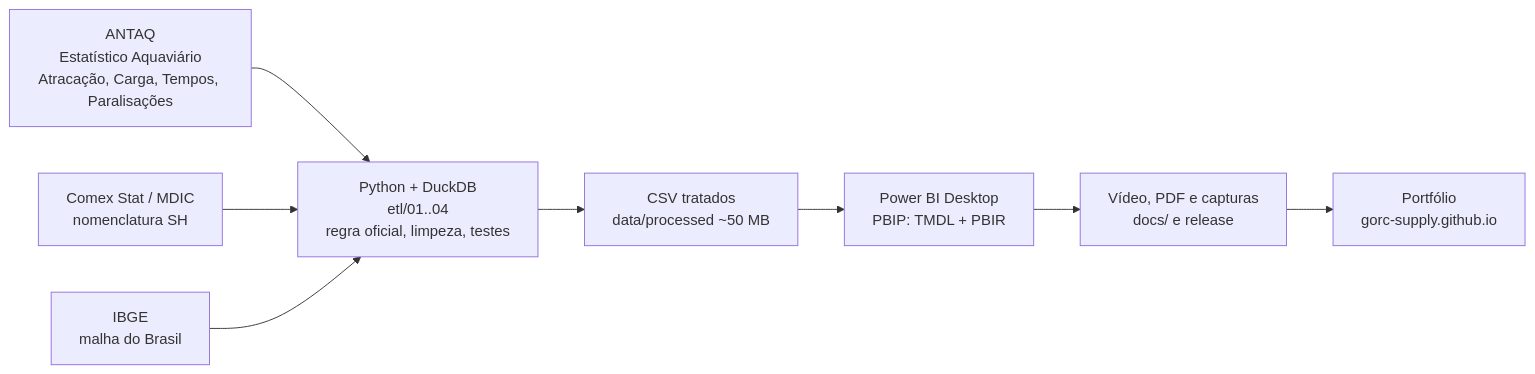
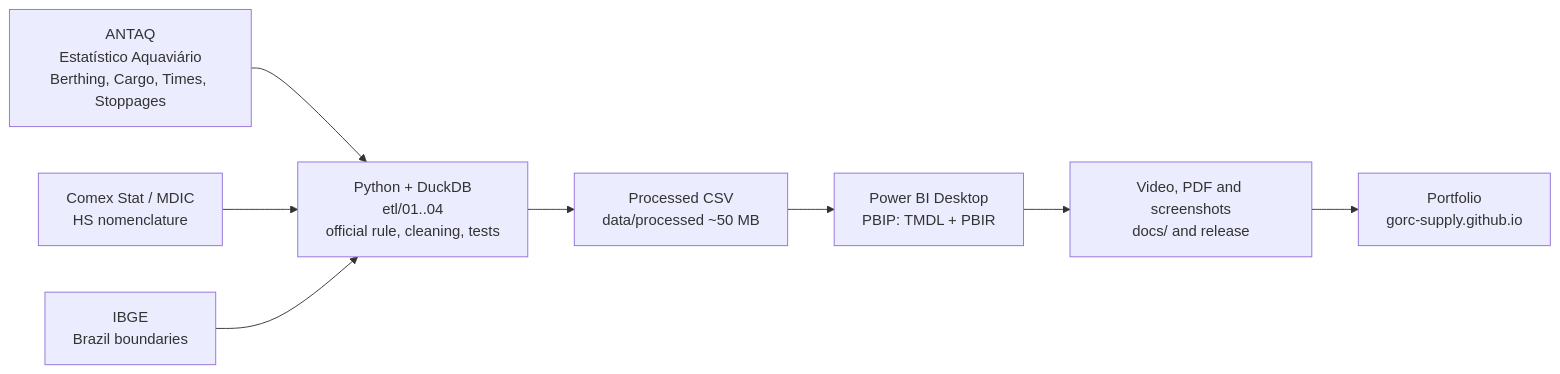
The first of 2 diagrams in README.md (gorc-supply/raio-x-portuario), drawn with Mermaid before and after one commit. The commit also changed other lines of this file and 2 other files, not shown here.

````diff
--- a/README.md
+++ b/README.md
@@ -45,10 +49,10 @@
 ```mermaid
 flowchart LR
-    A[ANTAQ<br/>Estatístico Aquaviário<br/>Atracação, Carga, Tempos, Paralisações] --> B[Python + DuckDB<br/>etl/01..04<br/>regra oficial, limpeza, testes]
-    S[Comex Stat / MDIC<br/>nomenclatura SH] --> B
-    I[IBGE<br/>malha do Brasil] --> B
-    B --> C[CSV tratados<br/>data/processed ~50 MB]
+    A[ANTAQ<br/>Estatístico Aquaviário<br/>Berthing, Cargo, Times, Stoppages] --> B[Python + DuckDB<br/>etl/01..04<br/>official rule, cleaning, tests]
+    S[Comex Stat / MDIC<br/>HS nomenclature] --> B
+    I[IBGE<br/>Brazil boundaries] --> B
+    B --> C[Processed CSV<br/>data/processed ~50 MB]
     C --> D[Power BI Desktop<br/>PBIP: TMDL + PBIR]
-    D --> E[Vídeo, PDF e capturas<br/>docs/ e release]
-    E --> F[Portfólio<br/>gorc-supply.github.io]
+    D --> E[Video, PDF and screenshots<br/>docs/ and release]
+    E --> F[Portfolio<br/>gorc-supply.github.io]
 ```
````
